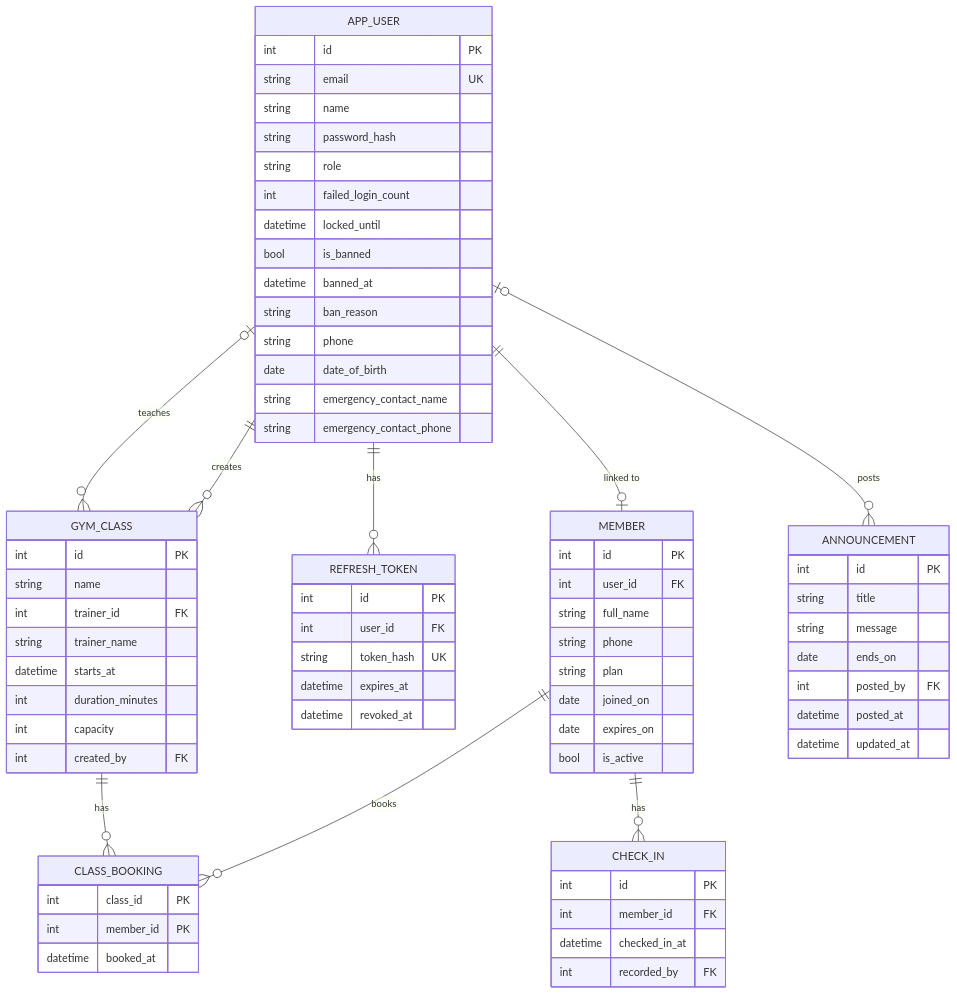
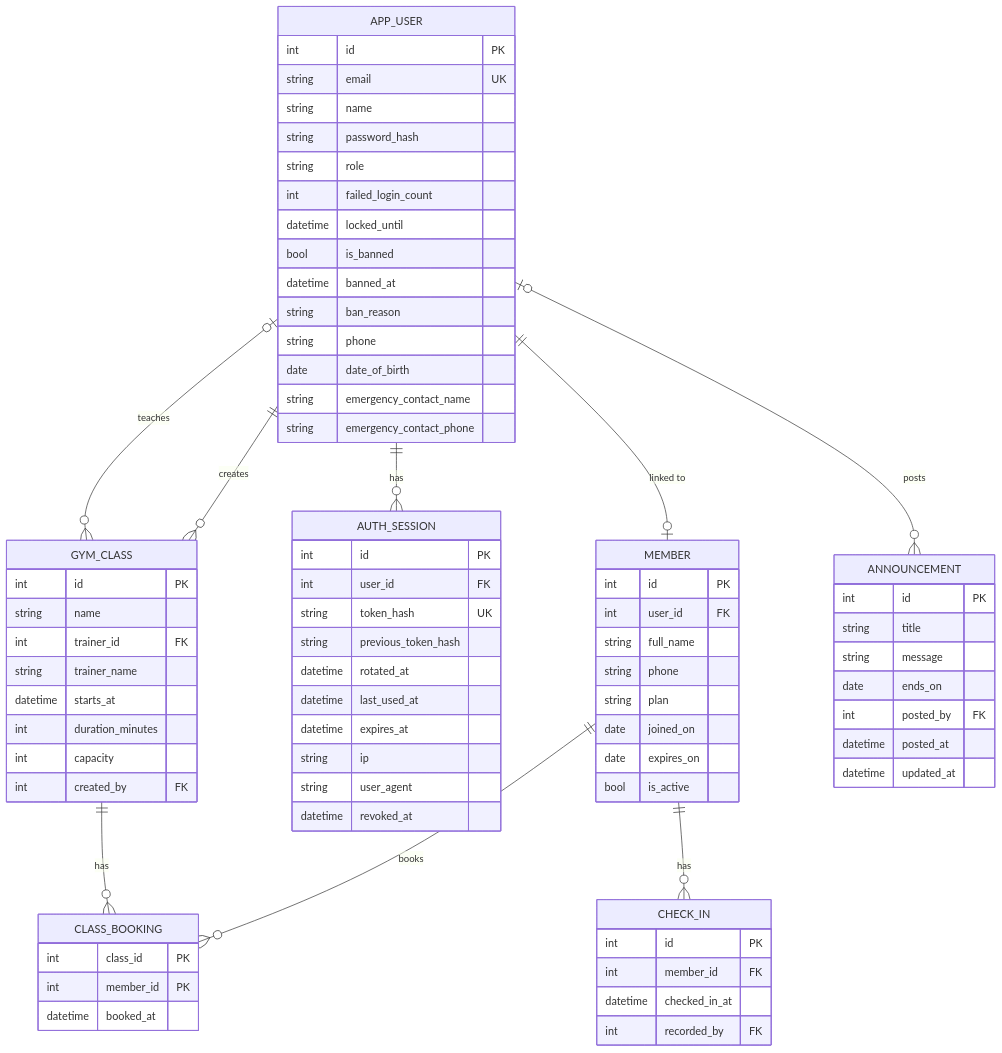
One commit to TanvirMahmudTushar/gym-buddy changed the sixth of 7 diagrams in docs/03-tdd.md. Above: the diagram before and after it, drawn with Mermaid. The commit also changed other lines of this file and 22 other files, not shown here.

````diff
--- a/docs/03-tdd.md
+++ b/docs/03-tdd.md
@@ -337,74 +352,79 @@
 ```mermaid
 erDiagram
     APP_USER ||--o| MEMBER : "linked to"
-    APP_USER ||--o{ REFRESH_TOKEN : has
+    APP_USER ||--o{ AUTH_SESSION : has
     APP_USER ||--o{ GYM_CLASS : creates
     APP_USER |o--o{ GYM_CLASS : teaches
     APP_USER |o--o{ ANNOUNCEMENT : posts
     MEMBER ||--o{ CLASS_BOOKING : books
     GYM_CLASS ||--o{ CLASS_BOOKING : has
     MEMBER ||--o{ CHECK_IN : has
     APP_USER {
         int id PK
         string email UK
         string name
         string password_hash
         string role
         int failed_login_count
         datetime locked_until
         bool is_banned
         datetime banned_at
         string ban_reason
         string phone
         date date_of_birth
         string emergency_contact_name
         string emergency_contact_phone
     }
-    REFRESH_TOKEN {
+    AUTH_SESSION {
         int id PK
         int user_id FK
         string token_hash UK
+        string previous_token_hash
+        datetime rotated_at
+        datetime last_used_at
         datetime expires_at
+        string ip
+        string user_agent
         datetime revoked_at
     }
     MEMBER {
         int id PK
         int user_id FK
         string full_name
         string phone
         string plan
         date joined_on
         date expires_on
         bool is_active
     }
     GYM_CLASS {
         int id PK
         string name
         int trainer_id FK
         string trainer_name
         datetime starts_at
         int duration_minutes
         int capacity
         int created_by FK
     }
     CLASS_BOOKING {
         int class_id PK
         int member_id PK
         datetime booked_at
     }
     CHECK_IN {
         int id PK
         int member_id FK
         datetime checked_in_at
         int recorded_by FK
     }
     ANNOUNCEMENT {
         int id PK
         string title
         string message
         date ends_on
         int posted_by FK
         datetime posted_at
         datetime updated_at
     }
 ```
````
